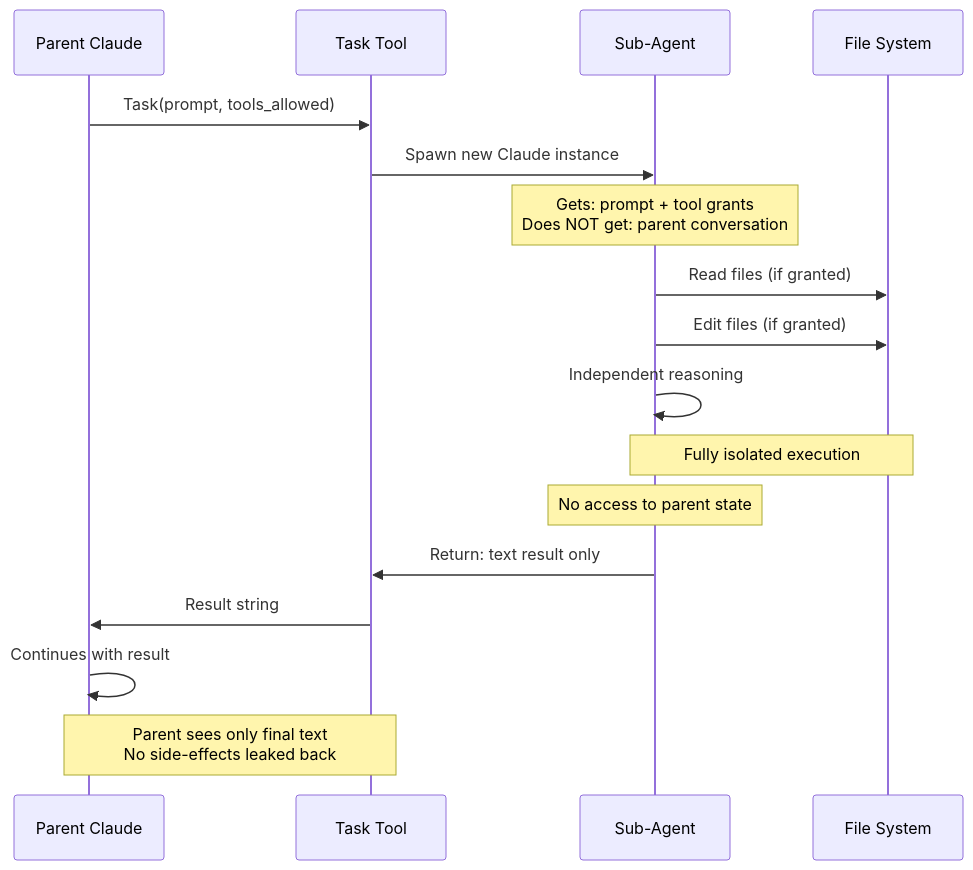
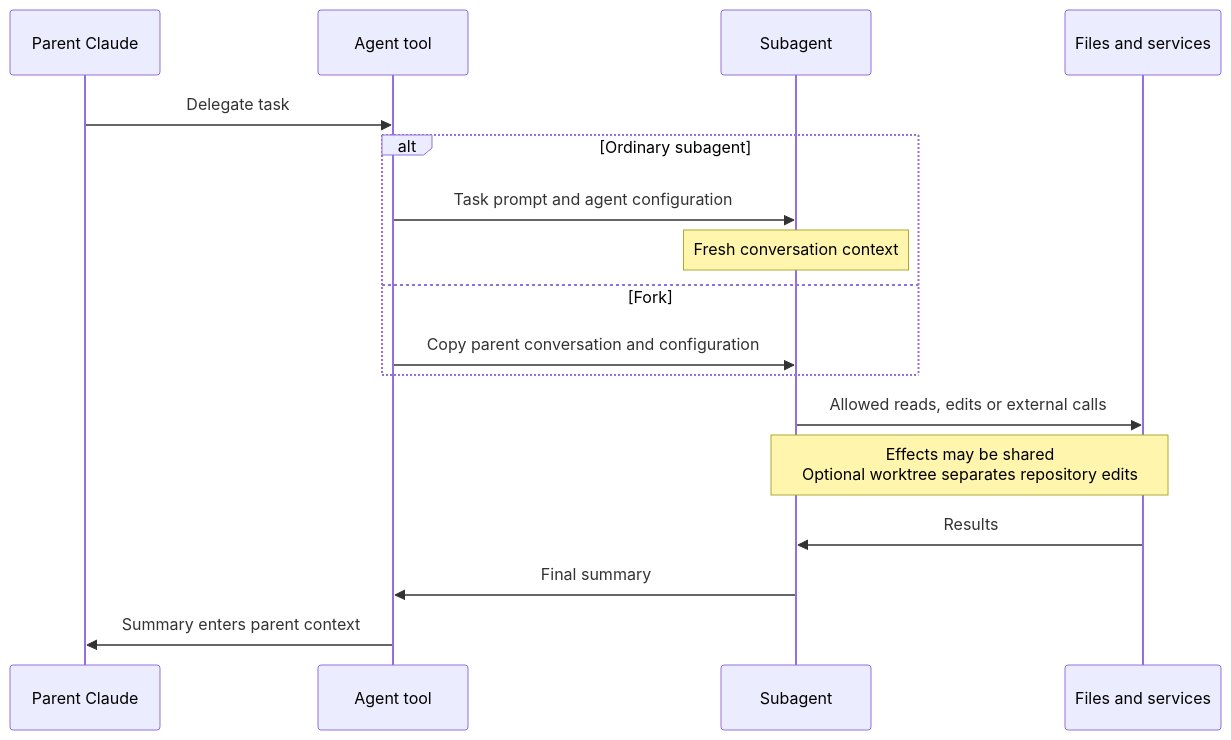
Before and after one commit to FlorianBruniaux/claude-code-ultimate-guide: the third of 4 diagrams in guide/diagrams/03-configuration-system.md, drawn with Mermaid. The commit also changed other lines of this file and 17 other files, not shown here.

Commit message:
docs: refresh all diagrams and correct their source guidance

````diff
--- a/guide/diagrams/03-configuration-system.md
+++ b/guide/diagrams/03-configuration-system.md
@@ -139,24 +123,19 @@
 ```mermaid
 sequenceDiagram
     participant P as Parent Claude
-    participant T as Task Tool
-    participant S as Sub-Agent
-    participant FS as File System
-
-    P->>T: Task(prompt, tools_allowed)
-    T->>S: Spawn new Claude instance
-    Note over S: Gets: prompt + tool grants<br/>Does NOT get: parent conversation
-
-    S->>FS: Read files (if granted)
-    S->>FS: Edit files (if granted)
-    S->>S: Independent reasoning
-
-    Note over S,FS: Fully isolated execution
-    Note over S: No access to parent state
-
-    S->>T: Return: text result only
-    T->>P: Result string
-    P->>P: Continues with result
-
-    Note over P,T: Parent sees only final text<br/>No side-effects leaked back
+    participant A as Agent tool
+    participant S as Subagent
+    participant FS as Files and services
+    P->>A: Delegate task
+    alt Ordinary subagent
+        A->>S: Task prompt and agent configuration
+        Note over S: Fresh conversation context
+    else Fork
+        A->>S: Copy parent conversation and configuration
+    end
+    S->>FS: Allowed reads, edits or external calls
+    Note over S,FS: Effects may be shared<br/>Optional worktree separates repository edits
+    FS->>S: Results
+    S->>A: Final summary
+    A->>P: Summary enters parent context
 ```
````
